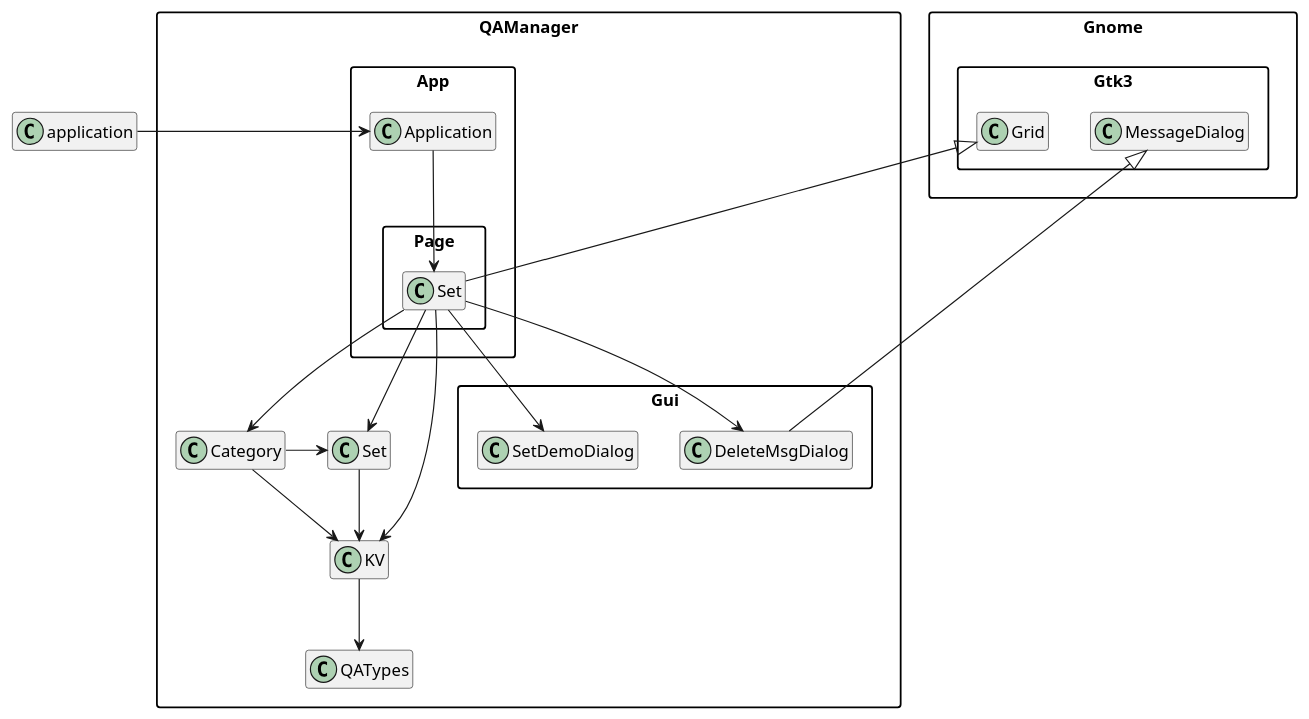
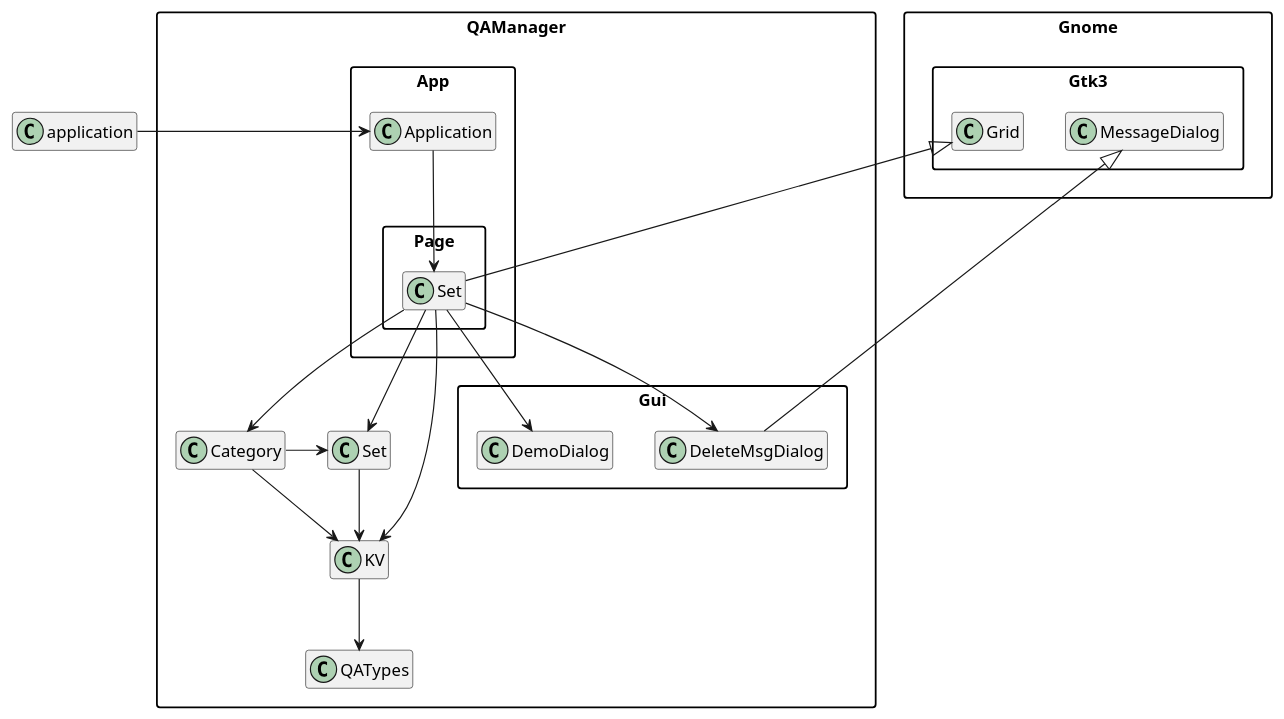
One commit to MARTIMM/qa-manager changed the diagram in doc/plantuml/structure-set.md. Above: the diagram before and after it, drawn with PlantUML. The commit also changed 2 other files, not shown here.

Commit message:
changed a few dependencies

````diff
--- a/doc/plantuml/structure-set.md
+++ b/doc/plantuml/structure-set.md
@@ -1,66 +1,66 @@
 ```plantuml
 @startuml
 'scale 0.9
 skinparam packageStyle rectangle
 set namespaceSeparator ::
 hide members
 
 application -> QAManager::App::Application
 
 'QAManager::App::Application --> QAManager::App::ApplicationWindow
 'QAManager::App::Application ---> QAManager::App::Menu::File
 'QAManager::App::Application -> QAManager::App::Menu::Help
 'QAManager::App::Application --> QAManager::App::Page::Category
 'QAManager::App::Application --> QAManager::App::Page::Sheet
 QAManager::App::Application --> QAManager::App::Page::Set
 'Gnome::Gtk3::Application <|-- QAManager::App::Application
 
 'QAManager::App::Page::Category --> QAManager::Category
 'Gnome::Gtk3::Grid <|--- QAManager::App::Page::Category
 
 'QAManager::App::Page::Sheet --> QAManager::Sheet
 'Gnome::Gtk3::Grid <|--- QAManager::App::Page::Sheet
 
 QAManager::App::Page::Set --> QAManager::Category
 QAManager::App::Page::Set --> QAManager::Set
 QAManager::App::Page::Set --> QAManager::KV
 QAManager::App::Page::Set --> QAManager::Gui::DeleteMsgDialog
-QAManager::App::Page::Set --> QAManager::Gui::SetDemoDialog
+QAManager::App::Page::Set --> QAManager::Gui::DemoDialog
 
 Gnome::Gtk3::Grid <|-- QAManager::App::Page::Set
 
 'QAManager --> QAManager::Category
 'QAManager --> QAManager::Sheet
 'QAManager --> QAManager::Gui::TopLevel
 
 QAManager::Category -> QAManager::Set
 QAManager::Category --> QAManager::KV
 
 'QAManager::Sheet --> QAManager::QATypes
 
 'QAManager::Gui::TopLevel --> QAManager::Gui::Main
 
 QAManager::Set --> QAManager::KV
 
 QAManager::KV --> QAManager::QATypes
 
 'QAManager::Gui::Main --> QAManager::QATypes
 'QAManager::Gui::Main --> QAManager::Set
 
 Gnome::Gtk3::MessageDialog <|-- QAManager::Gui::DeleteMsgDialog
 
 'QAManager::Gui::SetDemoDialog --> QAManager::QATypes
 'QAManager::Gui::SetDemoDialog --> QAManager::Category
 'QAManager::Gui::SetDemoDialog --> QAManager::Set
 'QAManager::Gui::SetDemoDialog --> QAManager::Gui::Part::Dialog
 'QAManager::Gui::SetDemoDialog --> QAManager::Gui::Part::Set
 
 'Gnome::Gtk3::Dialog <|-- QAManager::Gui::Part::Dialog
 
 'QAManager::Gui::Part::Dialog --> QAManager::Set
 'QAManager::Gui::Part::Dialog --> QAManager::KV
 'QAManager::Gui::Part::Dialog --> QAManager::Gui::Part::KV
 'QAManager::Gui::Part::Dialog --> QAManager::Gui::Part::Frame
 
 @enduml
 ```
````
